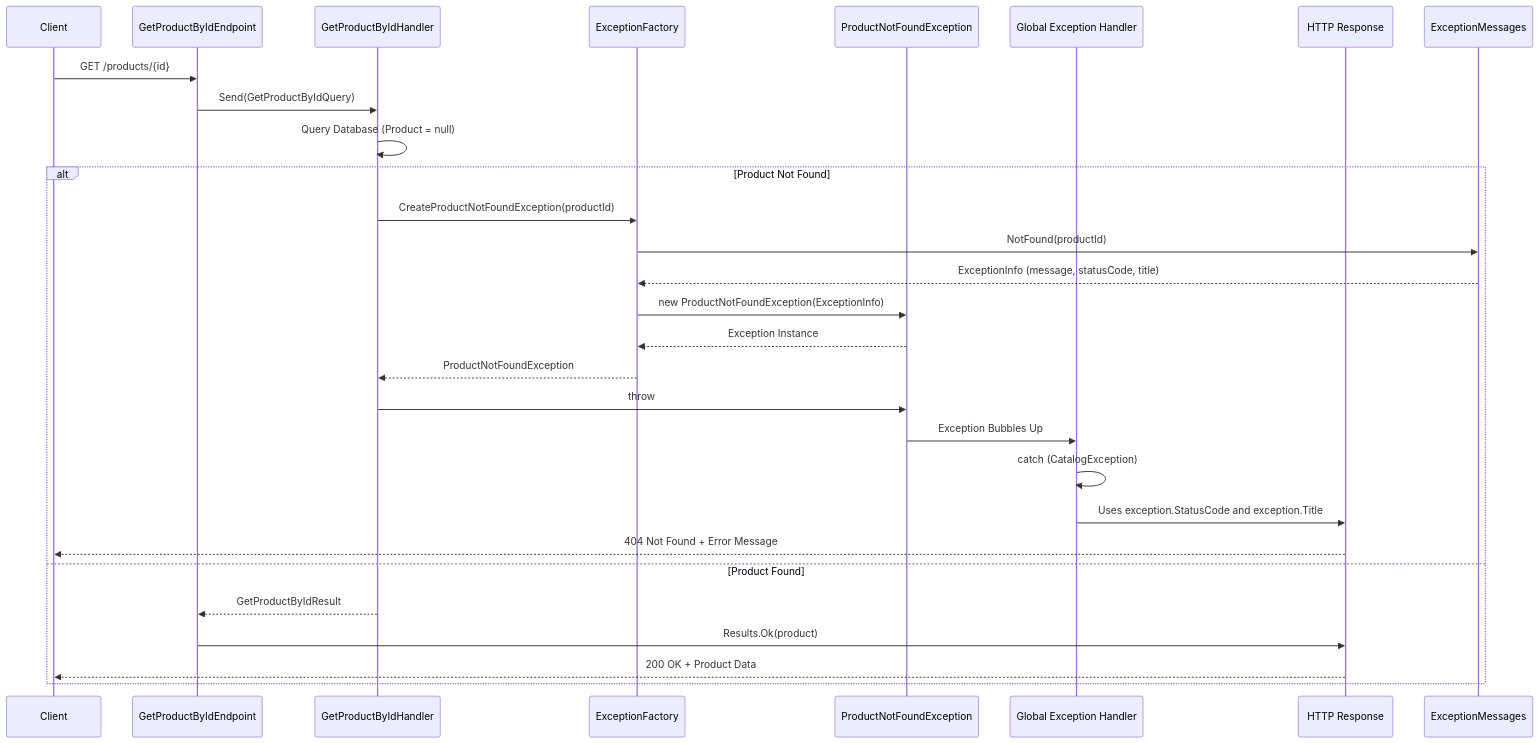
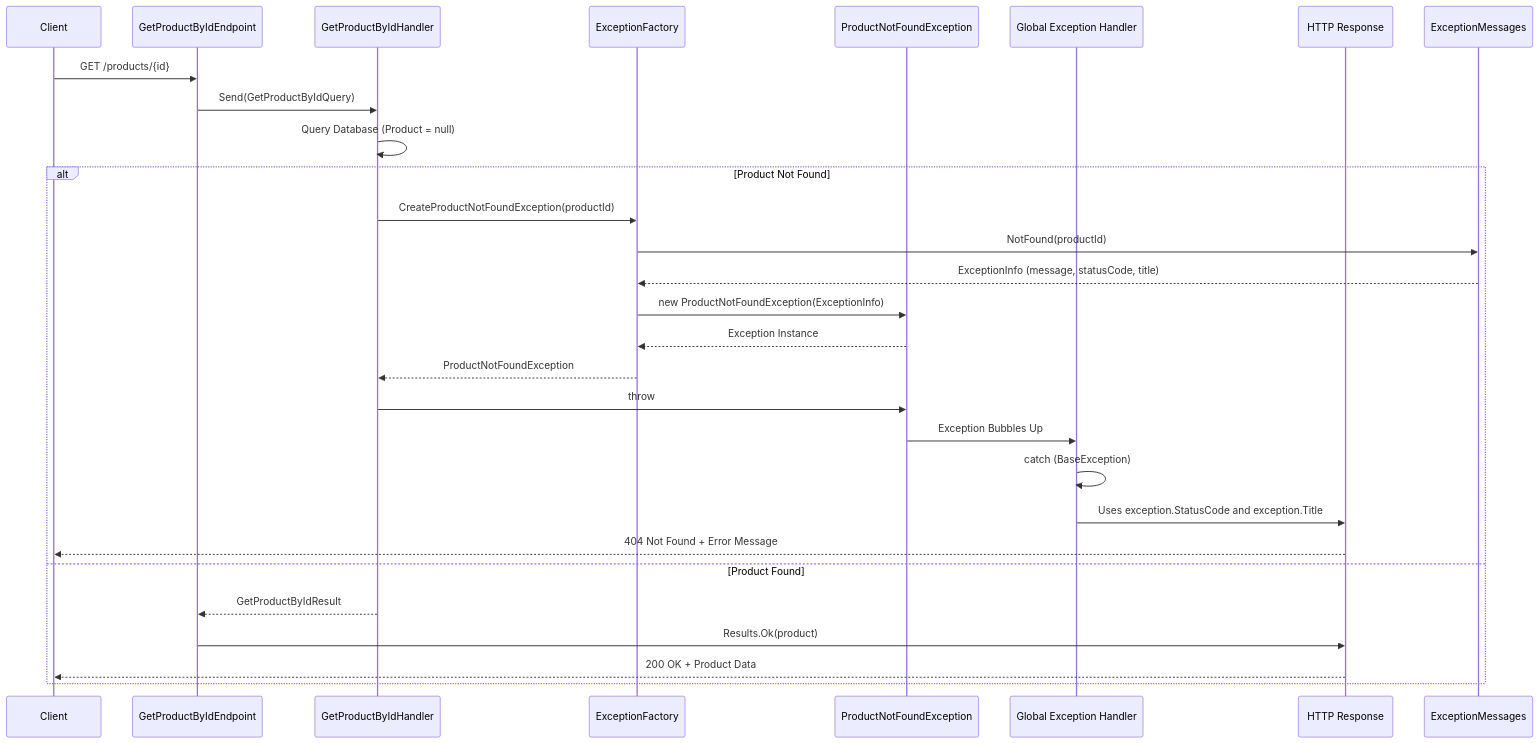
The second of 5 diagrams in src/Services/Catalog/Catalog.API/Exceptions/README.md (hamdyyemad/dotnet-microservices-ecommerce), drawn with Mermaid before and after one commit. The commit also changed other lines of this file and 6 other files, not shown here.

First line of the commit message:
feat: Add base exception handling infrastructure for microservices

````diff
--- a/src/Services/Catalog/Catalog.API/Exceptions/README.md
+++ b/src/Services/Catalog/Catalog.API/Exceptions/README.md
@@ -67,34 +71,34 @@
 ```mermaid
 sequenceDiagram
     participant Client
     participant Endpoint as GetProductByIdEndpoint
     participant Handler as GetProductByIdHandler
     participant Factory as ExceptionFactory
     participant Exception as ProductNotFoundException
     participant GlobalHandler as Global Exception Handler
     participant Response as HTTP Response
 
     Client->>Endpoint: GET /products/{id}
     Endpoint->>Handler: Send(GetProductByIdQuery)
 
     Handler->>Handler: Query Database (Product = null)
 
     alt Product Not Found
         Handler->>Factory: CreateProductNotFoundException(productId)
         Factory->>ExceptionMessages: NotFound(productId)
         ExceptionMessages-->>Factory: ExceptionInfo (message, statusCode, title)
         Factory->>Exception: new ProductNotFoundException(ExceptionInfo)
         Exception-->>Factory: Exception Instance
         Factory-->>Handler: ProductNotFoundException
         Handler->>Exception: throw
         Exception->>GlobalHandler: Exception Bubbles Up
 
-        GlobalHandler->>GlobalHandler: catch (CatalogException)
+        GlobalHandler->>GlobalHandler: catch (BaseException)
         GlobalHandler->>Response: Uses exception.StatusCode and exception.Title
         Response-->>Client: 404 Not Found + Error Message
     else Product Found
         Handler-->>Endpoint: GetProductByIdResult
         Endpoint->>Response: Results.Ok(product)
         Response-->>Client: 200 OK + Product Data
     end
 ```
````
